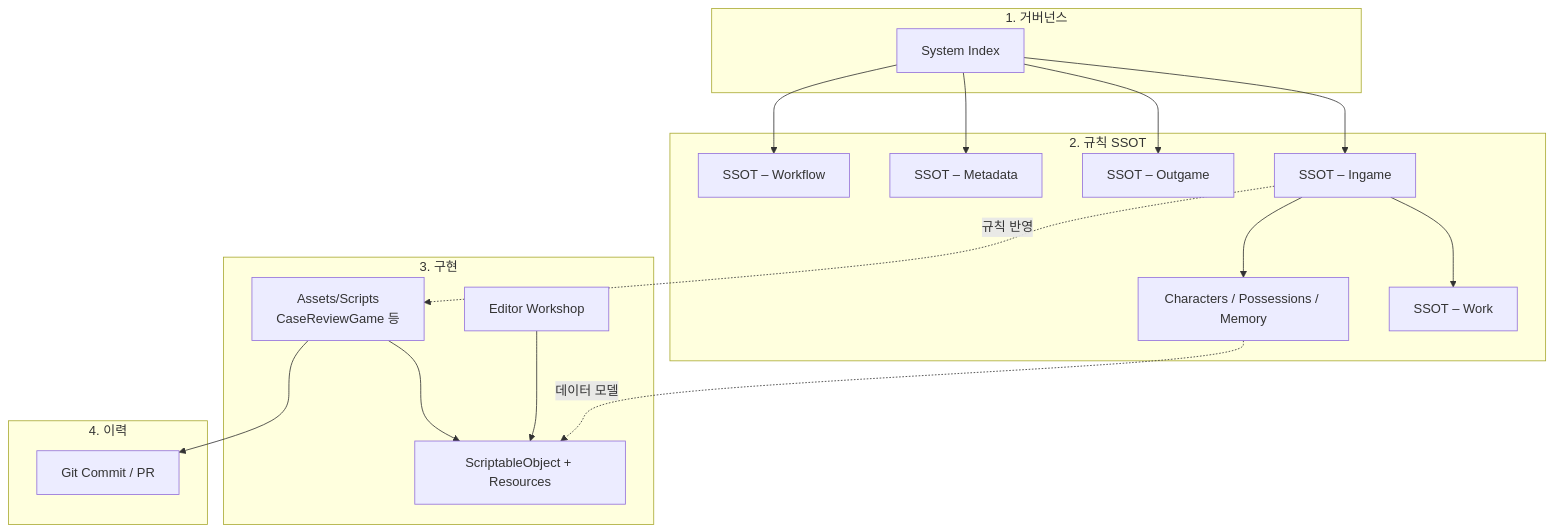
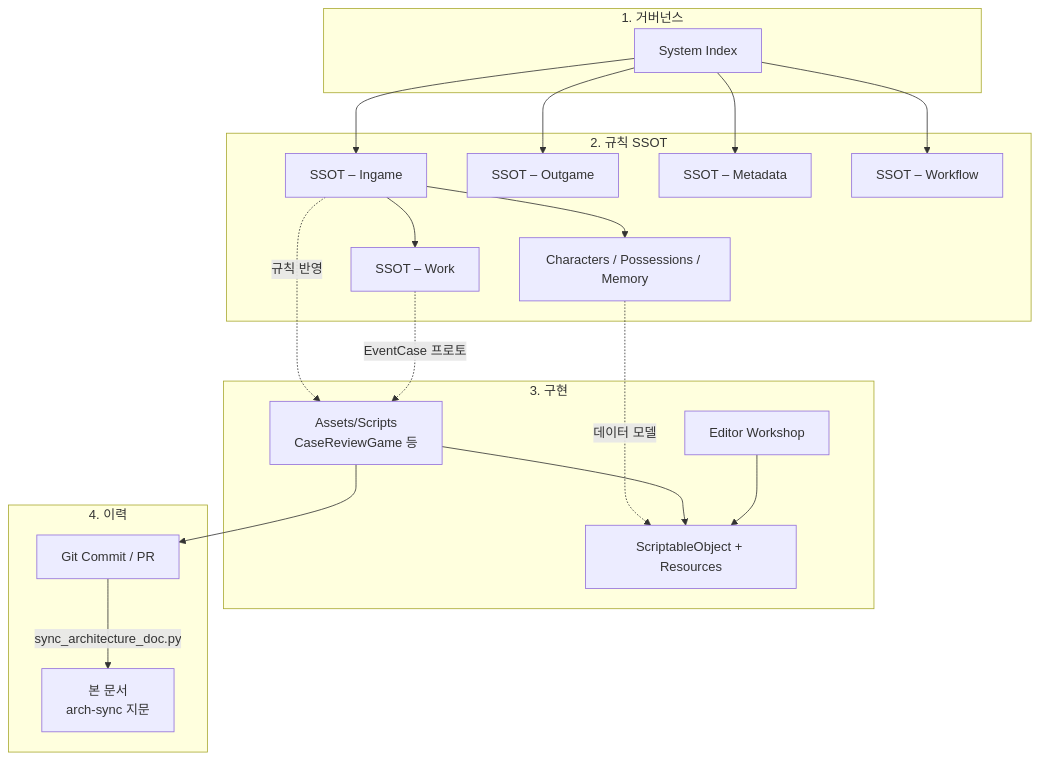
One commit to BaekNothing/ProjectW changed the second of 15 diagrams in Assets/Specification/Architecture – ProjectW System Overview.md. Above: the diagram before and after it, drawn with Mermaid. The commit also changed other lines of this file and 6 other files, not shown here.

````diff
--- a/Assets/Specification/Architecture – ProjectW System Overview.md
+++ b/Assets/Specification/Architecture – ProjectW System Overview.md
@@ -57,31 +82,34 @@
 ```mermaid
 flowchart TB
   subgraph L1["1. 거버넌스"]
     IDX["System Index"]
   end
   subgraph L2["2. 규칙 SSOT"]
     ING["SSOT – Ingame"]
     WORK["SSOT – Work"]
     OUT["SSOT – Outgame"]
     META["SSOT – Metadata"]
     WF["SSOT – Workflow"]
     CHR["Characters / Possessions / Memory"]
   end
   subgraph L3["3. 구현"]
     CODE["Assets/Scripts\nCaseReviewGame 등"]
     SO["ScriptableObject + Resources"]
     ED["Editor Workshop"]
   end
   subgraph L4["4. 이력"]
     GIT["Git Commit / PR"]
+    ARCH["본 문서\narch-sync 지문"]
   end
 
   IDX --> ING & OUT & META & WF
   ING --> WORK
   ING --> CHR
   ING -.->|규칙 반영| CODE
+  WORK -.->|EventCase 프로토| CODE
   CHR -.->|데이터 모델| SO
   CODE --> SO
   ED --> SO
   CODE --> GIT
+  GIT -->|sync_architecture_doc.py| ARCH
 ```
````
